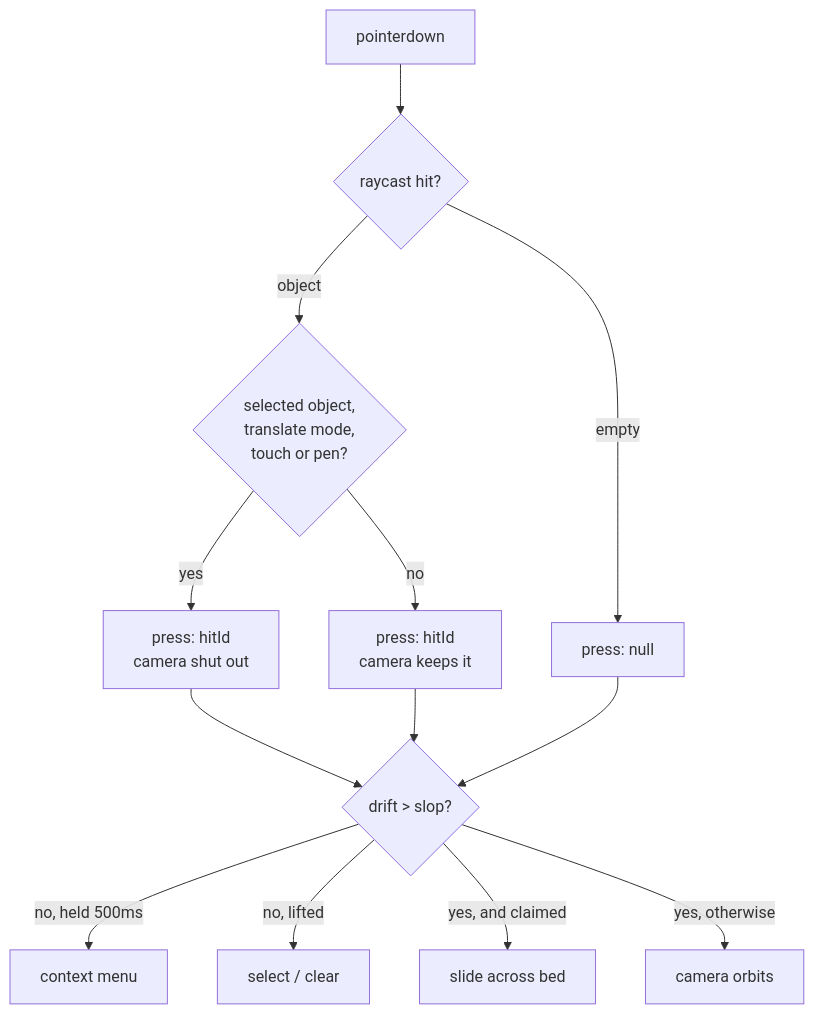
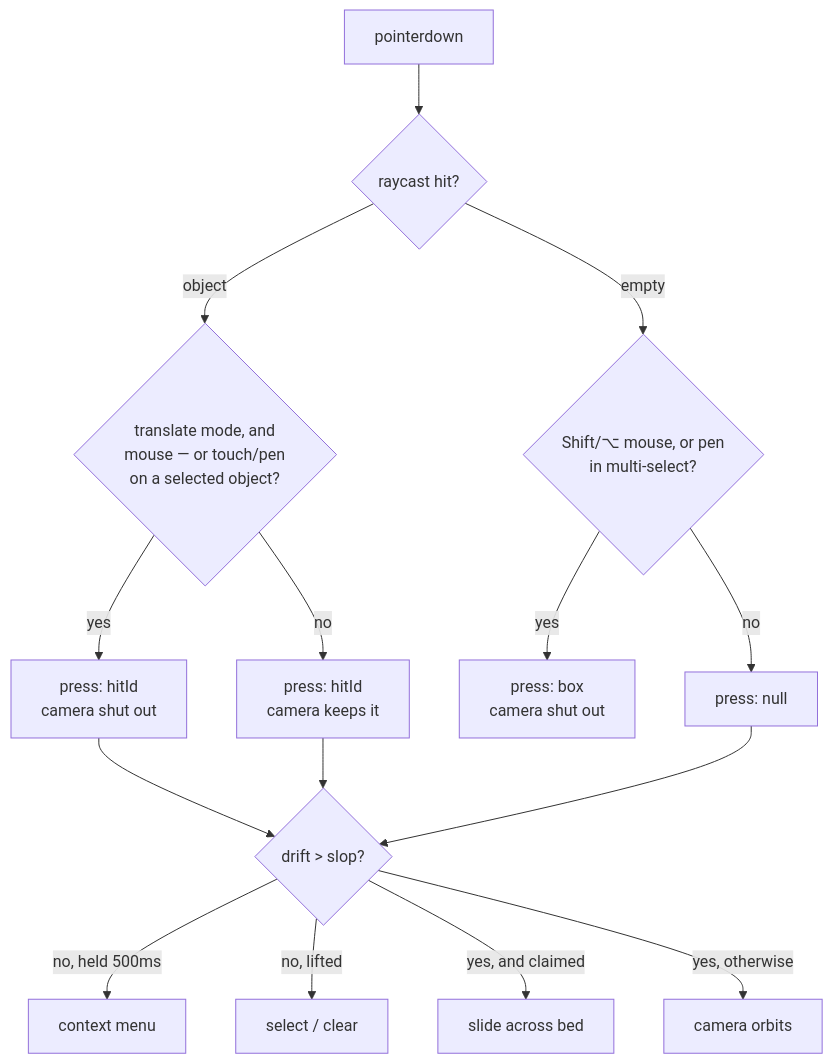
The fourth of 7 diagrams in ui/README.md (ColdCrabby/slicer), drawn with Mermaid before and after one commit. The commit also changed other lines of this file and 29 other files, not shown here.

First line of the commit message:
Make the plate quicker to work on: drag to move, box select, platform-correct clicks (#353)

````diff
--- a/ui/README.md
+++ b/ui/README.md
@@ -527,15 +527,17 @@
 ```mermaid
 flowchart TB
     down["pointerdown"] --> hit{"raycast hit?"}
-    hit -->|object| grab{"selected object,<br/>translate mode,<br/>touch or pen?"}
-    hit -->|empty| press2["press: null"]
+    hit -->|object| grab{"translate mode, and<br/>mouse — or touch/pen<br/>on a selected object?"}
+    hit -->|empty| box{"Shift/⌥ mouse, or pen<br/>in multi-select?"}
+    box -->|yes| boxclaim["press: box<br/>camera shut out"]
+    box -->|no| press2["press: null"]
     grab -->|yes| claim["press: hitId<br/>camera shut out"]
     grab -->|no| press["press: hitId<br/>camera keeps it"]
     claim --> drift{"drift &gt; slop?"}
     press --> drift
     press2 --> drift
     drift -->|no, held 500ms| menu["context menu"]
     drift -->|no, lifted| act["select / clear"]
     drift -->|"yes, and claimed"| drag["slide across bed"]
     drift -->|"yes, otherwise"| orbit["camera orbits"]
 ```
````
